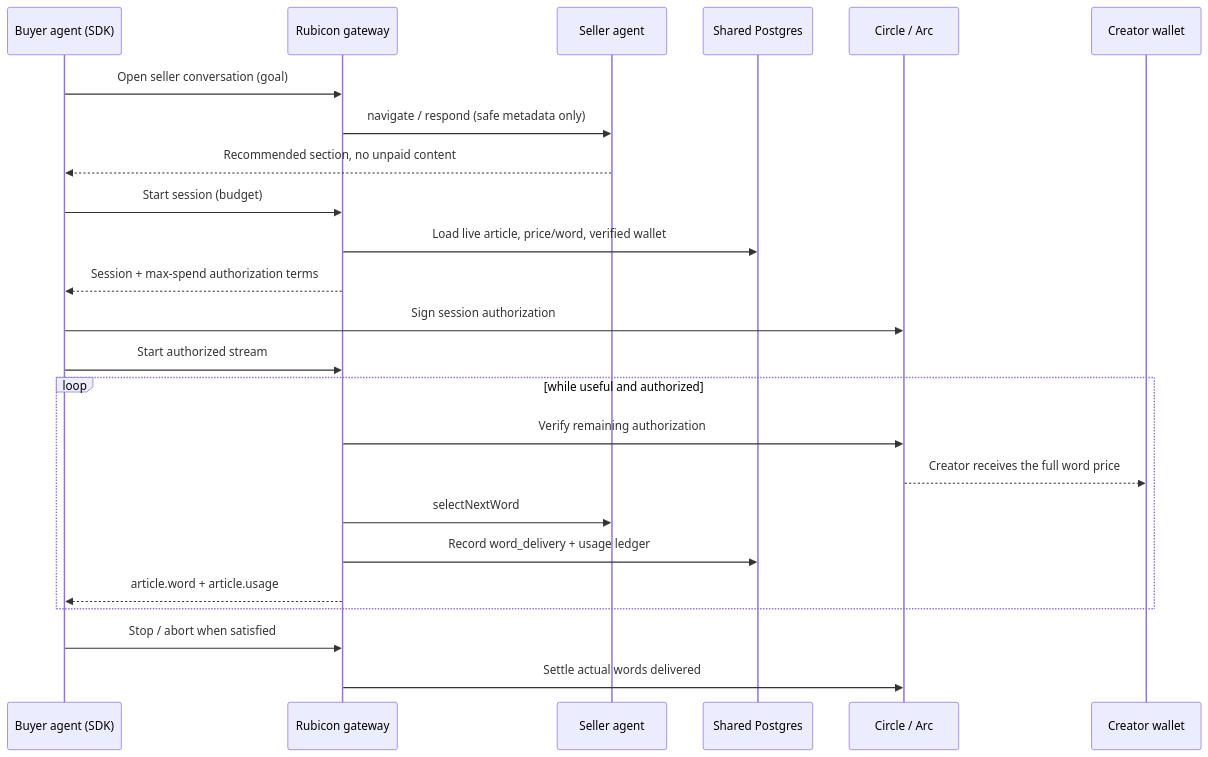
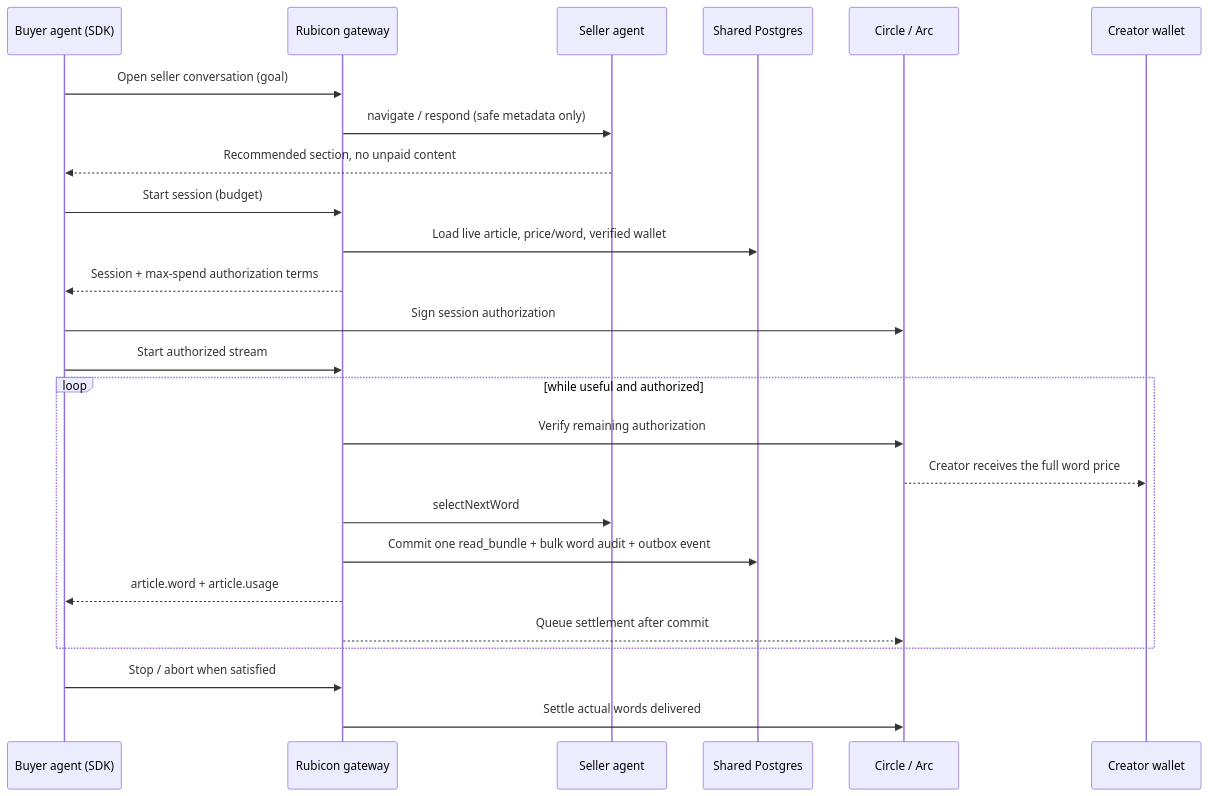
One commit to michaelzoub/rubicon changed the diagram in docs/architecture.md. Above: the diagram before and after it, drawn with Mermaid. The commit also changed other lines of this file and 48 other files, not shown here.

Commit message:
feat(gateway): add bundle ledger and ClickHouse analytics pipeline

````diff
--- a/docs/architecture.md
+++ b/docs/architecture.md
@@ -16,27 +16,28 @@
 ```mermaid
 sequenceDiagram
   participant B as Buyer agent (SDK)
   participant G as Rubicon gateway
   participant S as Seller agent
   participant D as Shared Postgres
   participant C as Circle / Arc
   participant W as Creator wallet
 
   B->>G: Open seller conversation (goal)
   G->>S: navigate / respond (safe metadata only)
   S-->>B: Recommended section, no unpaid content
   B->>G: Start session (budget)
   G->>D: Load live article, price/word, verified wallet
   G-->>B: Session + max-spend authorization terms
   B->>C: Sign session authorization
   B->>G: Start authorized stream
   loop while useful and authorized
     G->>C: Verify remaining authorization
     C-->>W: Creator receives the full word price
     G->>S: selectNextWord
-    G->>D: Record word_delivery + usage ledger
+    G->>D: Commit one read_bundle + bulk word audit + outbox event
     G-->>B: article.word + article.usage
+    G-->>C: Queue settlement after commit
   end
   B->>G: Stop / abort when satisfied
   G->>C: Settle actual words delivered
 ```
````
